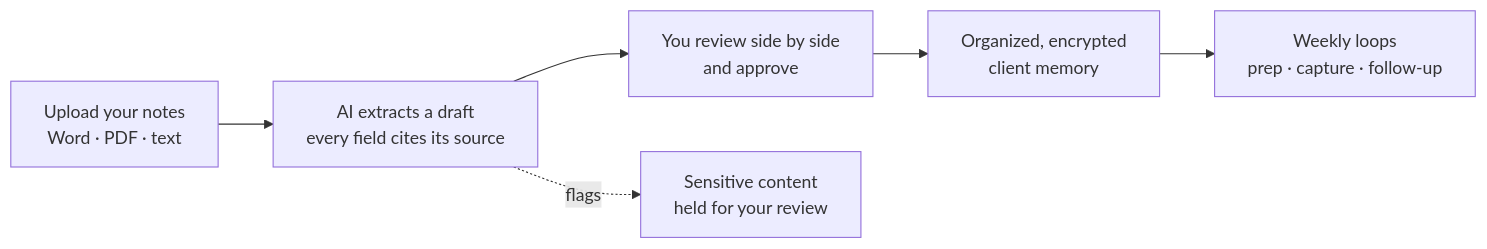
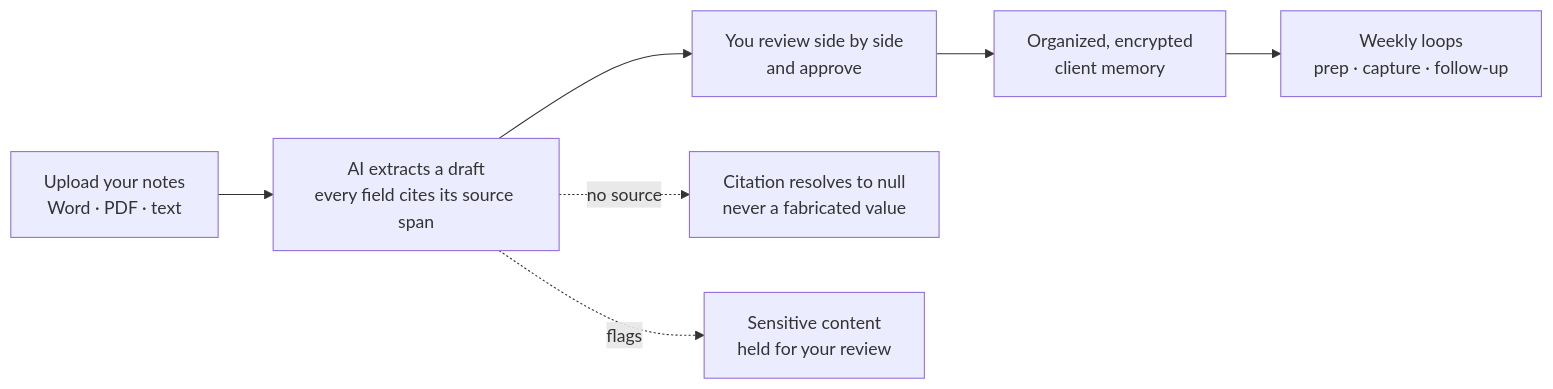
Before and after one commit to SFX-TECH/coachfile-showcase: the first of 2 diagrams in README.md, drawn with Mermaid. The commit also changed other lines of this file, not shown here.

First line of the commit message:
docs(readme): refresh to current CoachFile facts and add architecture diagram (#1)

````diff
--- a/README.md
+++ b/README.md
@@ -35,8 +48,9 @@
 ```mermaid
 flowchart LR
-    UP["Upload your notes<br/>Word · PDF · text"] --> EX["AI extracts a draft<br/>every field cites its source"]
+    UP["Upload your notes<br/>Word · PDF · text"] --> EX["AI extracts a draft<br/>every field cites its source span"]
     EX --> RV["You review side by side<br/>and approve"]
     RV --> DB["Organized, encrypted<br/>client memory"]
     DB --> LOOPS["Weekly loops<br/>prep · capture · follow-up"]
+    EX -. no source .-> NULL["Citation resolves to null<br/>never a fabricated value"]
     EX -. flags .-> SENS["Sensitive content<br/>held for your review"]
 ```
````
